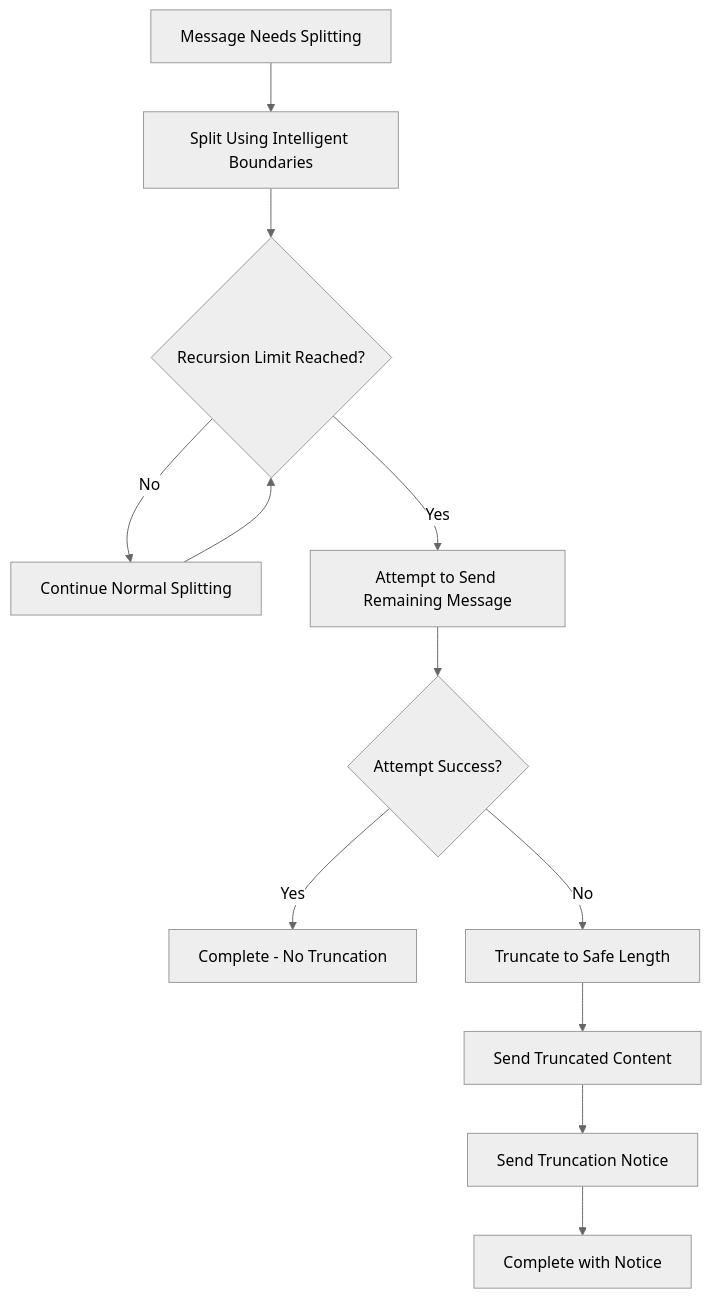
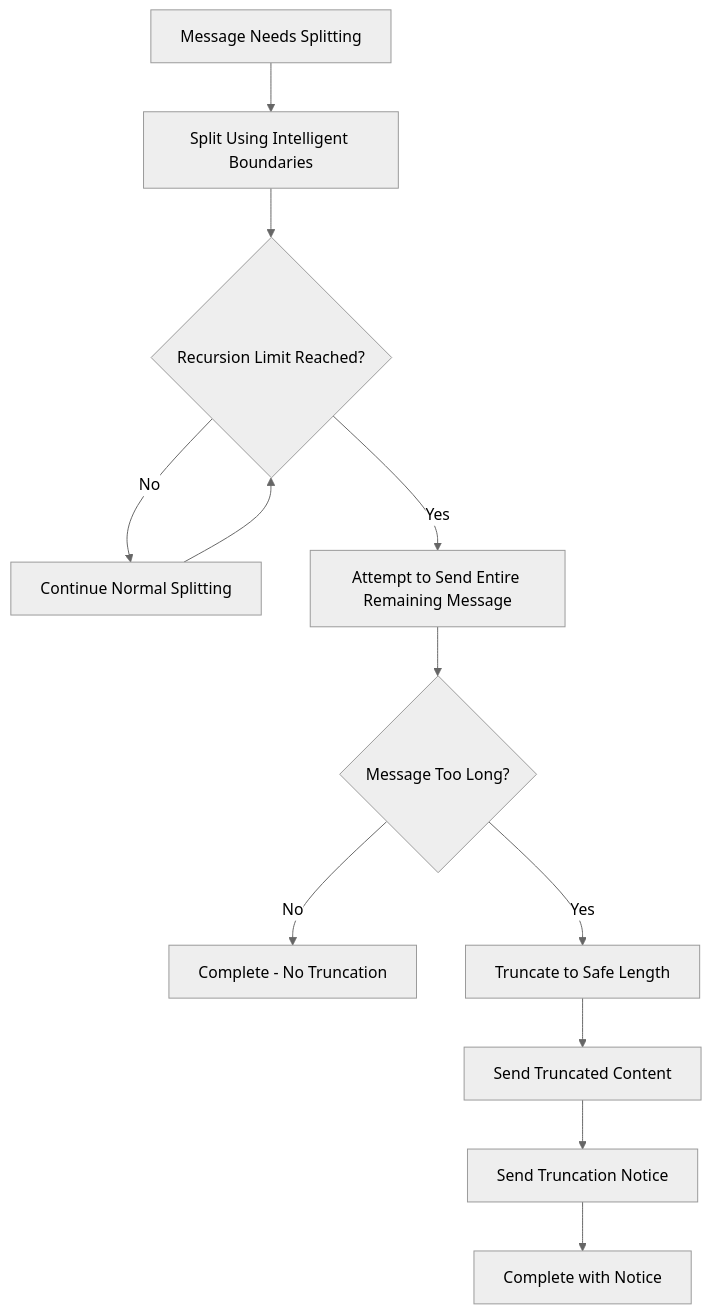
One commit to johndotpub/DiscordianAI changed the fourth of 4 diagrams in docs/MessageSplitting.md. Above: the diagram before and after it, drawn with Mermaid (neutral theme). The commit also changed 2 other files, not shown here.

Commit message:
docs: update Mermaid diagrams and fix documentation accuracy
- Fix HybridMode.md flowchart to include conversation context checking and URL priority
- Update docs/README.md routing diagram to match actual implementation logic

````diff
--- a/docs/MessageSplitting.md
+++ b/docs/MessageSplitting.md
@@ -270,14 +270,14 @@
 ```mermaid
 flowchart TD
     A[Message Needs Splitting] --> B[Split Using Intelligent Boundaries]
     B --> C{Recursion Limit Reached?}
     C -->|No| D[Continue Normal Splitting]
-    C -->|Yes| E[Attempt to Send Remaining Message]
-    E --> F{Attempt Success?}
-    F -->|Yes| G[Complete - No Truncation]
-    F -->|No| H[Truncate to Safe Length]
+    C -->|Yes| E[Attempt to Send Entire Remaining Message]
+    E --> F{Message Too Long?}
+    F -->|No| G[Complete - No Truncation]
+    F -->|Yes| H[Truncate to Safe Length]
     H --> I[Send Truncated Content]
     I --> J[Send Truncation Notice]
     J --> K[Complete with Notice]
     D --> C
 ```
````
